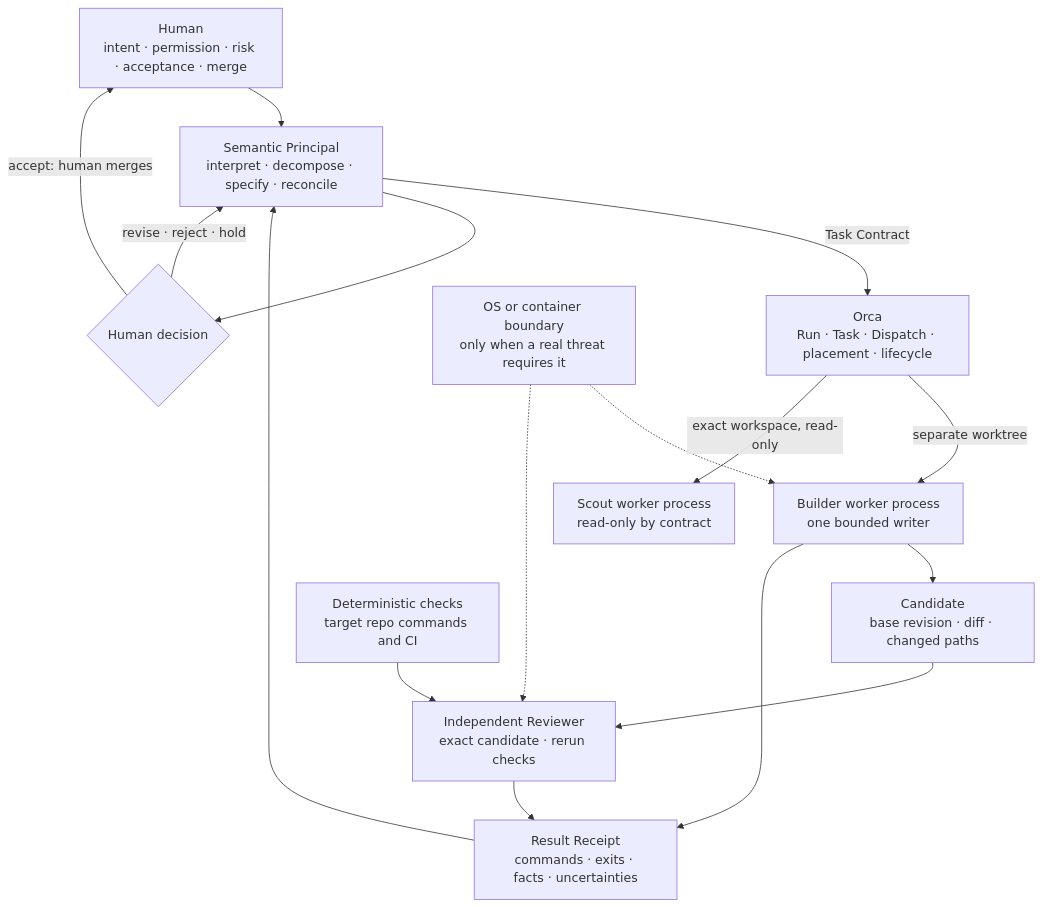
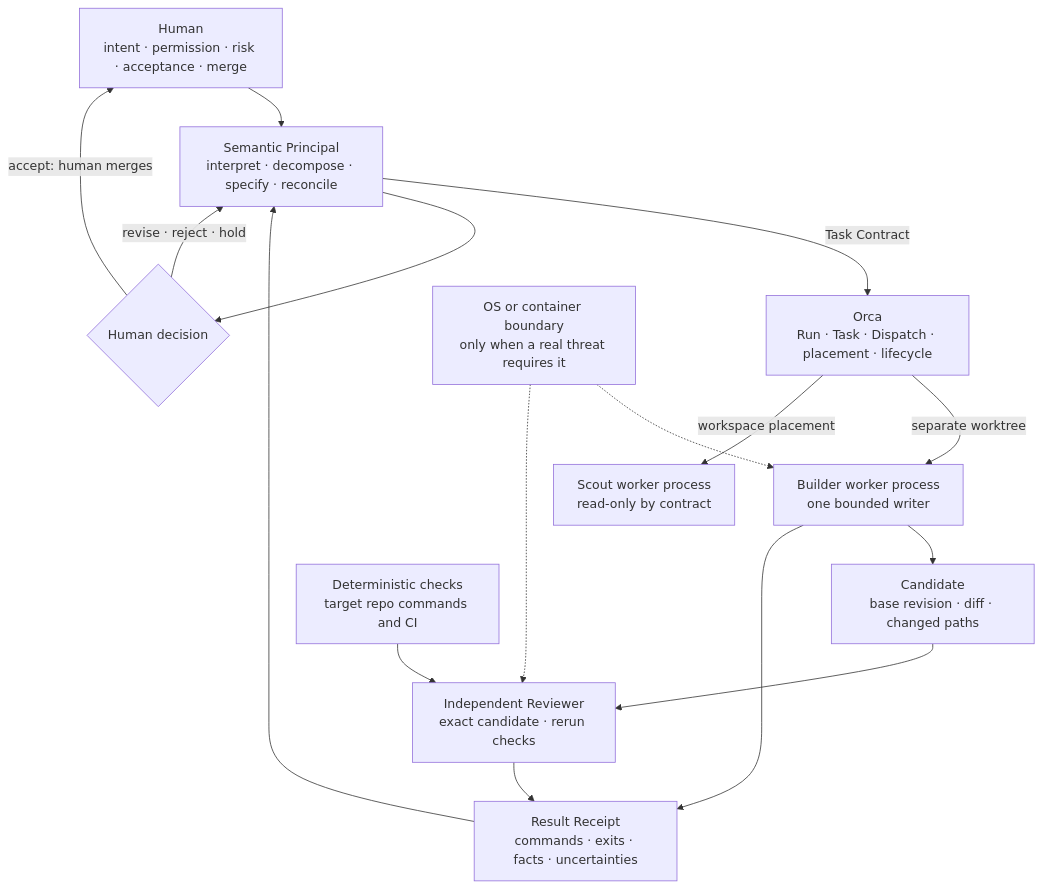
Before and after one commit to TomaszGonczar/omega-zero: the diagram in docs/ARCHITECTURE.md, drawn with Mermaid. The commit also changed other lines of this file and 2 other files, not shown here.

````diff
--- a/docs/ARCHITECTURE.md
+++ b/docs/ARCHITECTURE.md
@@ -14,30 +14,30 @@
 ```mermaid
 flowchart TB
     H[Human<br/>intent · permission · risk · acceptance · merge]
     P[Semantic Principal<br/>interpret · decompose · specify · reconcile]
     O[Orca<br/>Run · Task · Dispatch · placement · lifecycle]
     B[Builder worker process<br/>one bounded writer]
     S[Scout worker process<br/>read-only by contract]
     G[Candidate<br/>base revision · diff · changed paths]
     R[Independent Reviewer<br/>exact candidate · rerun checks]
     E[Deterministic checks<br/>target repo commands and CI]
     REC[Result Receipt<br/>commands · exits · facts · uncertainties]
     D{Human decision}
 
     H --> P
     P -->|Task Contract| O
     O -->|separate worktree| B
-    O -->|exact workspace, read-only| S
+    O -->|workspace placement| S
     B --> G
     G --> R
     E --> R
     R --> REC
     B --> REC
     REC --> P
     P --> D
     D -->|accept: human merges| H
     D -->|revise · reject · hold| P
 
     X[OS or container boundary<br/>only when a real threat requires it] -.-> B
     X -.-> R
 ```
````
